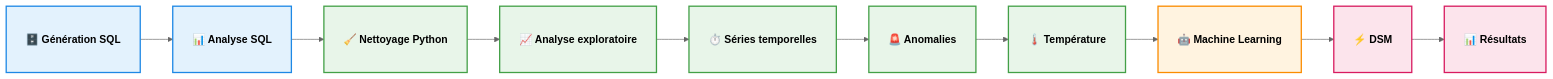
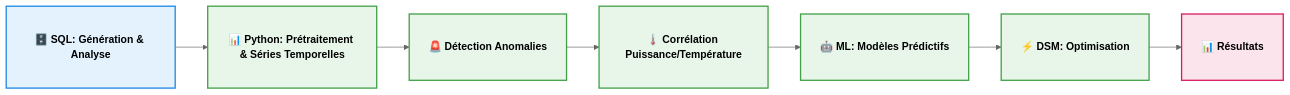
Before and after one commit to FatehChaabat/energy-demand-analytics: the diagram in README.md, drawn with Mermaid (neutral theme). The commit also changed other lines of this file, not shown here.

````diff
--- a/README.md
+++ b/README.md
@@ -45,25 +51,20 @@
 ```mermaid
 flowchart LR
 
-A[<b>🗄️ Génération SQL<b>] --> B[<b>📊 Analyse SQL<b>]
-B --> C[<b>🧹 Nettoyage Python<b>]
-C --> D[<b>📈 Analyse exploratoire<b>]
-D --> E[<b>⏱️ Séries temporelles<b>]
-E --> F[<b>🚨 Anomalies<b>]
-F --> G[<b>🌡️ Température<b>]
-G --> H[<b>🤖 Machine Learning<b>]
-H --> I[<b>⚡ DSM<b>]
-I --> J[<b>📊 Résultats<b>]
+A[<b>🗄️ SQL: Génération & Analyse<b>] --> B[<b>📊 Python: Prétraitement & Séries Temporelles<b>]
+B --> C[<b>🚨 Détection Anomalies<b>]
+C --> D[<b>🌡️ Corrélation Puissance/Température<b>]
+D --> E[<b>🤖 ML: Modèles Prédictifs<b>]
+E --> F[<b>⚡ DSM: Optimisation<b>]
+F --> G[<b>📊 Résultats<b>] 
 
 %% Styles
-classDef sql fill:#e3f2fd,stroke:#1e88e5,padding:20px,stroke-width:2px,color:#000;
-classDef python fill:#e8f5e9,stroke:#43a047,padding:20px,stroke-width:2px,color:#000;
-classDef ml fill:#fff3e0,stroke:#fb8c00,padding:20px,stroke-width:2px,color:#000;
-classDef dsm fill:#fce4ec,stroke:#d81b60,padding:20px,stroke-width:2px,color:#000;
+classDef sql fill:#e3f2fd,stroke:#1e88e5,padding:50px,stroke-width:2px,color:#000;
+classDef python fill:#e8f5e9,stroke:#43a047,padding:50px,stroke-width:2px,color:#000;
+classDef dsm fill:#fce4ec,stroke:#d81b60,padding:50px,stroke-width:2px,color:#000;
 
 %% Affectation
-class A,B sql;
-class C,D,E,F,G python;
-class H ml;
-class I,J dsm;
+class A sql;
+class B,C,D,E,F python;
+class G dsm;
 ```
````
